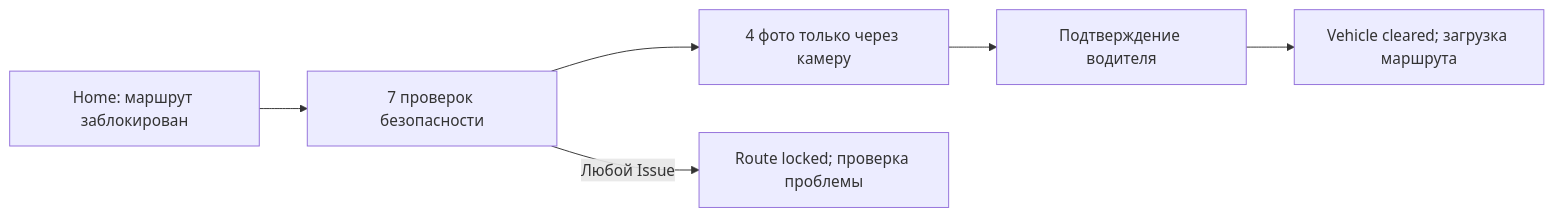
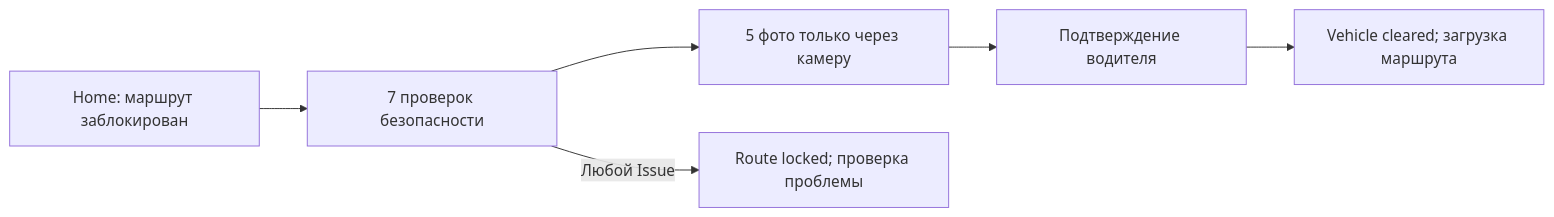
The first of 4 diagrams in docs/mobile-app/ru/business-overview.md (yarsuleimenov-code/Mobile_app), drawn with Mermaid before and after one commit. The commit also changed other lines of this file and 22 other files, not shown here.

````diff
--- a/docs/mobile-app/ru/business-overview.md
+++ b/docs/mobile-app/ru/business-overview.md
@@ -41,8 +42,8 @@
 ```mermaid
 flowchart LR
   A["Home: маршрут заблокирован"] --> B["7 проверок безопасности"]
-  B --> C["4 фото только через камеру"]
+  B --> C["5 фото только через камеру"]
   C --> D["Подтверждение водителя"]
   D --> E["Vehicle cleared; загрузка маршрута"]
   B -->|Любой Issue| F["Route locked; проверка проблемы"]
 ```
````
